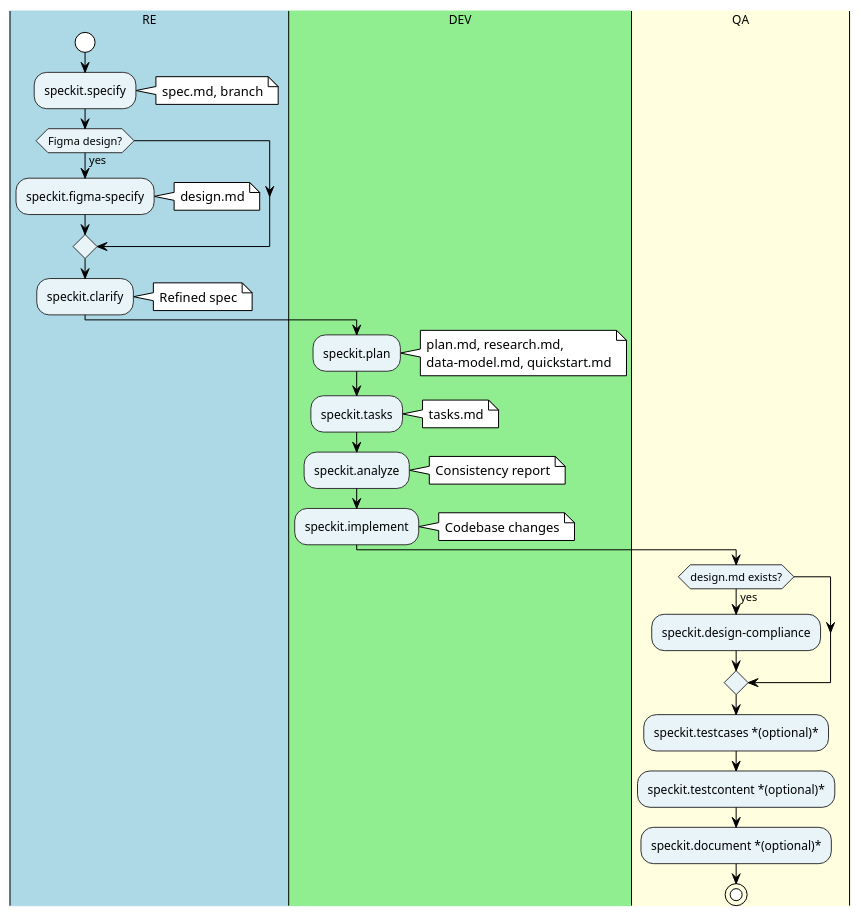
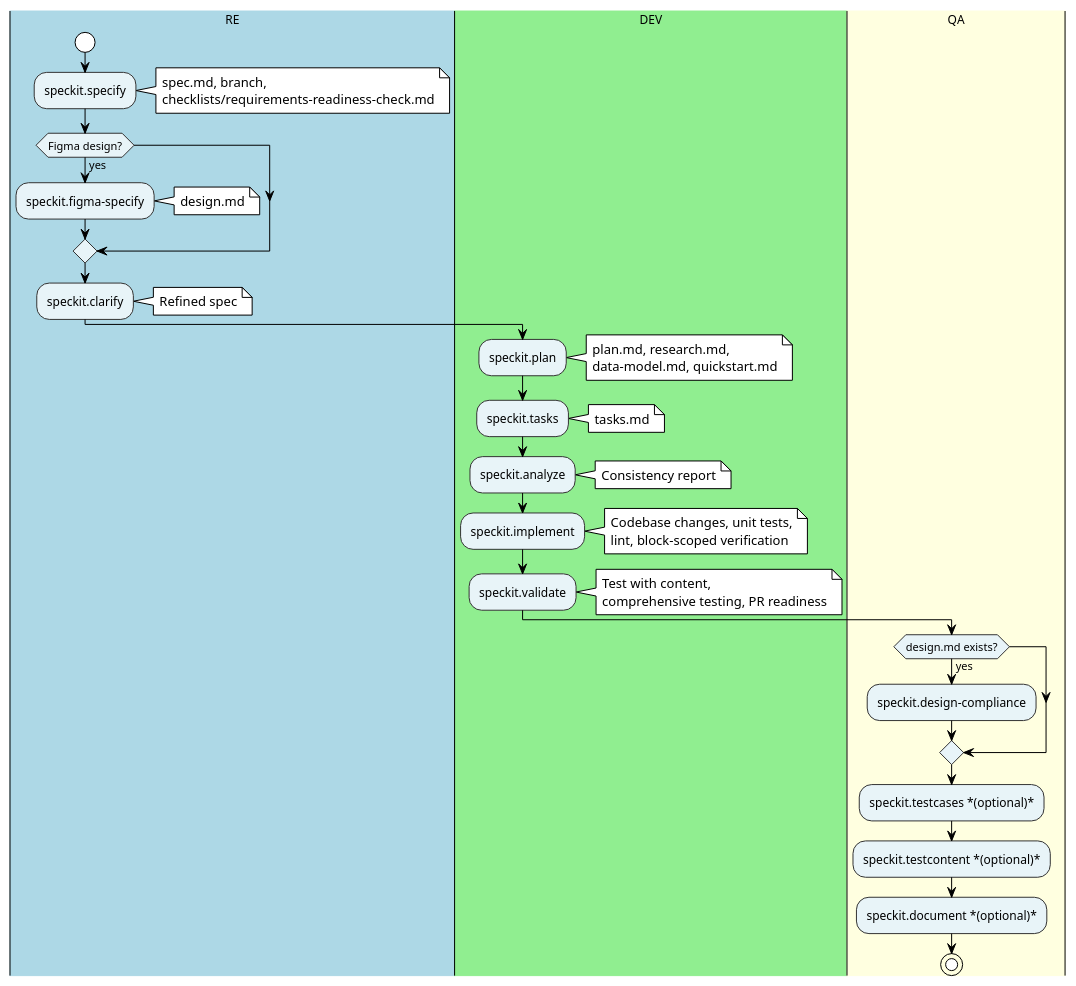
Before and after one commit to mariorodriguez-creator/nitroblocks: the diagram in .specify/docs/diagrams/speckit-activity.puml, drawn with PlantUML. The commit also changed 8 other files, not shown here.

Commit message:
Updates speckit workflow diagrams

```diff
--- a/.specify/docs/diagrams/speckit-activity.puml
+++ b/.specify/docs/diagrams/speckit-activity.puml
@@ -1,34 +1,36 @@
 @startuml speckit-activity
 !theme plain
 skinparam ActivityBackgroundColor #E8F4F8
 skinparam ActivityBorderColor #333
 skinparam SwimlaneTitleFontSize 12
 
 |#LightBlue|RE|
 start
 :speckit.specify;
-note right: spec.md, branch
+note right: spec.md, branch,\nchecklists/requirements-readiness-check.md
 if (Figma design?) then (yes)
   :speckit.figma-specify;
   note right: design.md
 endif
 :speckit.clarify;
 note right: Refined spec
 |#LightGreen|DEV|
 :speckit.plan;
 note right: plan.md, research.md,\ndata-model.md, quickstart.md
 :speckit.tasks;
 note right: tasks.md
 :speckit.analyze;
 note right: Consistency report
 :speckit.implement;
-note right: Codebase changes
+note right: Codebase changes, unit tests,\nlint, block-scoped verification
+:speckit.validate;
+note right: Test with content,\ncomprehensive testing, PR readiness
 |#LightYellow|QA|
 if (design.md exists?) then (yes)
   :speckit.design-compliance;
 endif
 :speckit.testcases *(optional)*;
 :speckit.testcontent *(optional)*;
 :speckit.document *(optional)*;
 stop
 @enduml
```
